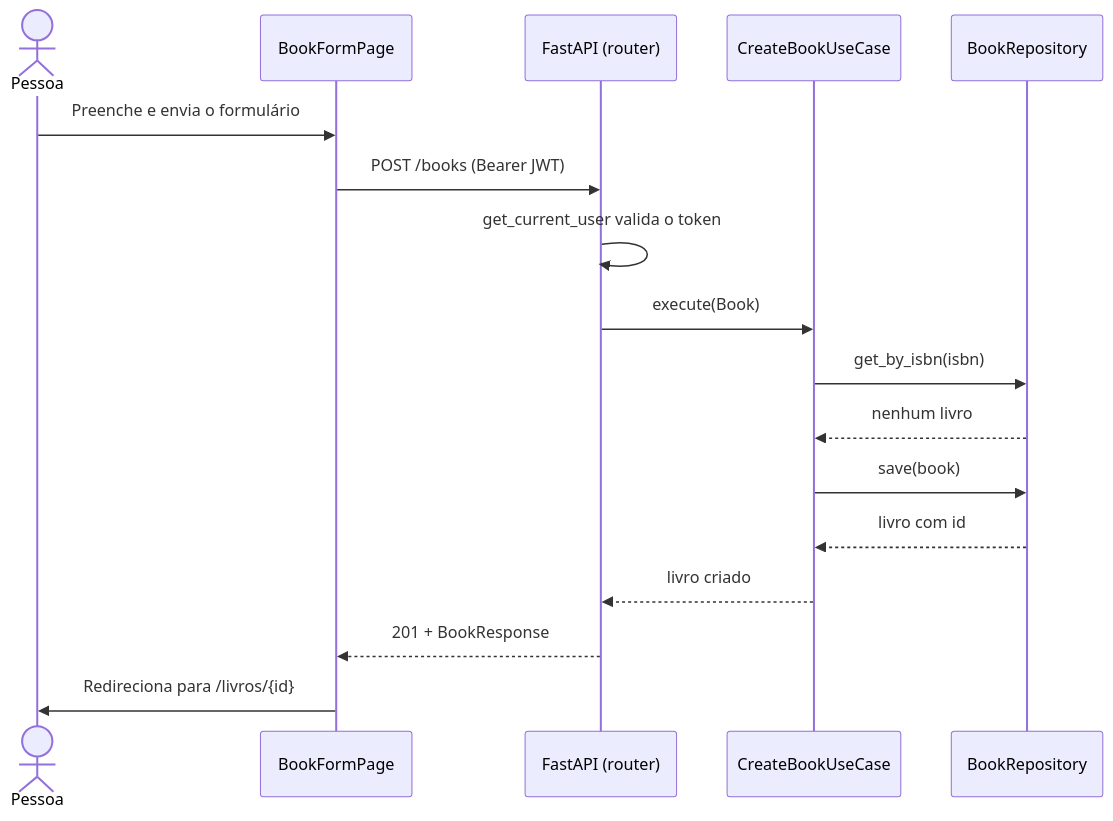
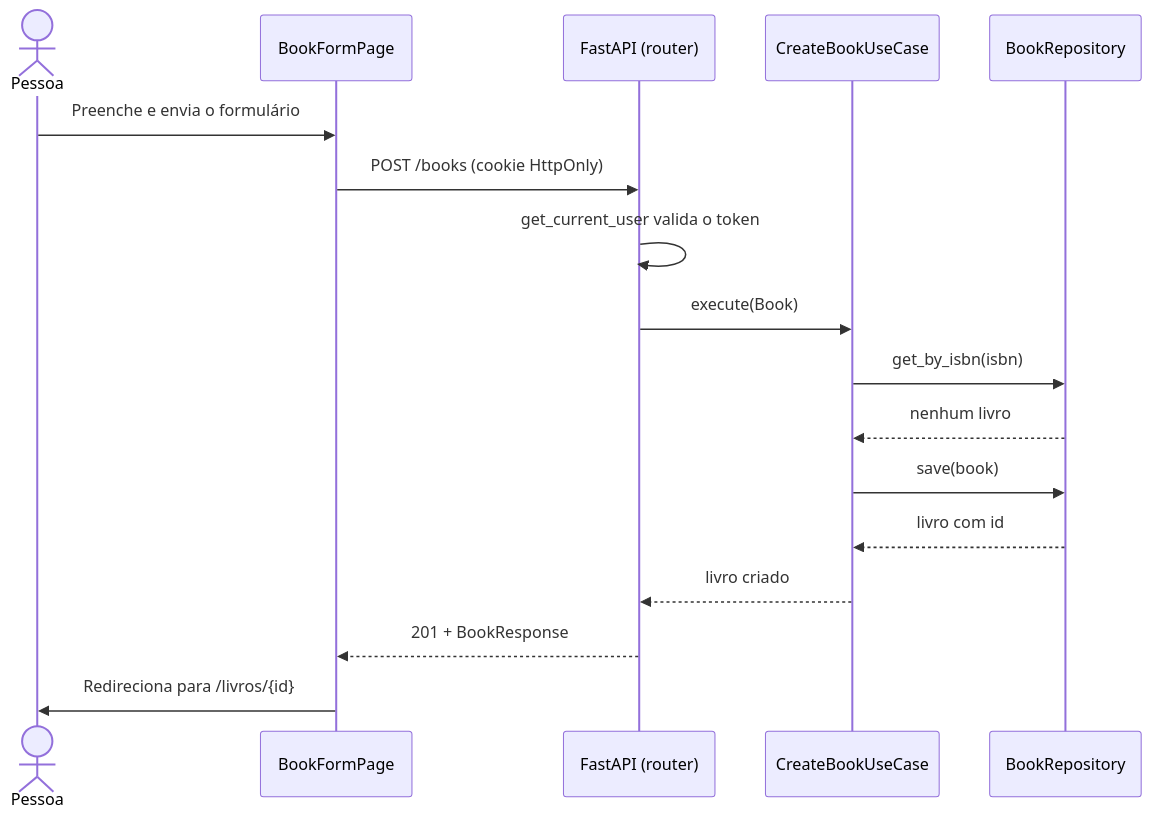
Before and after one commit to Leti-10/Lab.EngSoftware: the second of 2 diagrams in docs/ARQUITETURA.md, drawn with Mermaid. The commit also changed other lines of this file and 5 other files, not shown here.

````diff
--- a/docs/ARQUITETURA.md
+++ b/docs/ARQUITETURA.md
@@ -156,20 +156,20 @@
 ```mermaid
 sequenceDiagram
     actor U as Pessoa
     participant P as BookFormPage
     participant A as FastAPI (router)
     participant C as CreateBookUseCase
     participant R as BookRepository
 
     U->>P: Preenche e envia o formulário
-    P->>A: POST /books (Bearer JWT)
+    P->>A: POST /books (cookie HttpOnly)
     A->>A: get_current_user valida o token
     A->>C: execute(Book)
     C->>R: get_by_isbn(isbn)
     R-->>C: nenhum livro
     C->>R: save(book)
     R-->>C: livro com id
     C-->>A: livro criado
     A-->>P: 201 + BookResponse
     P->>U: Redireciona para /livros/{id}
 ```
````
